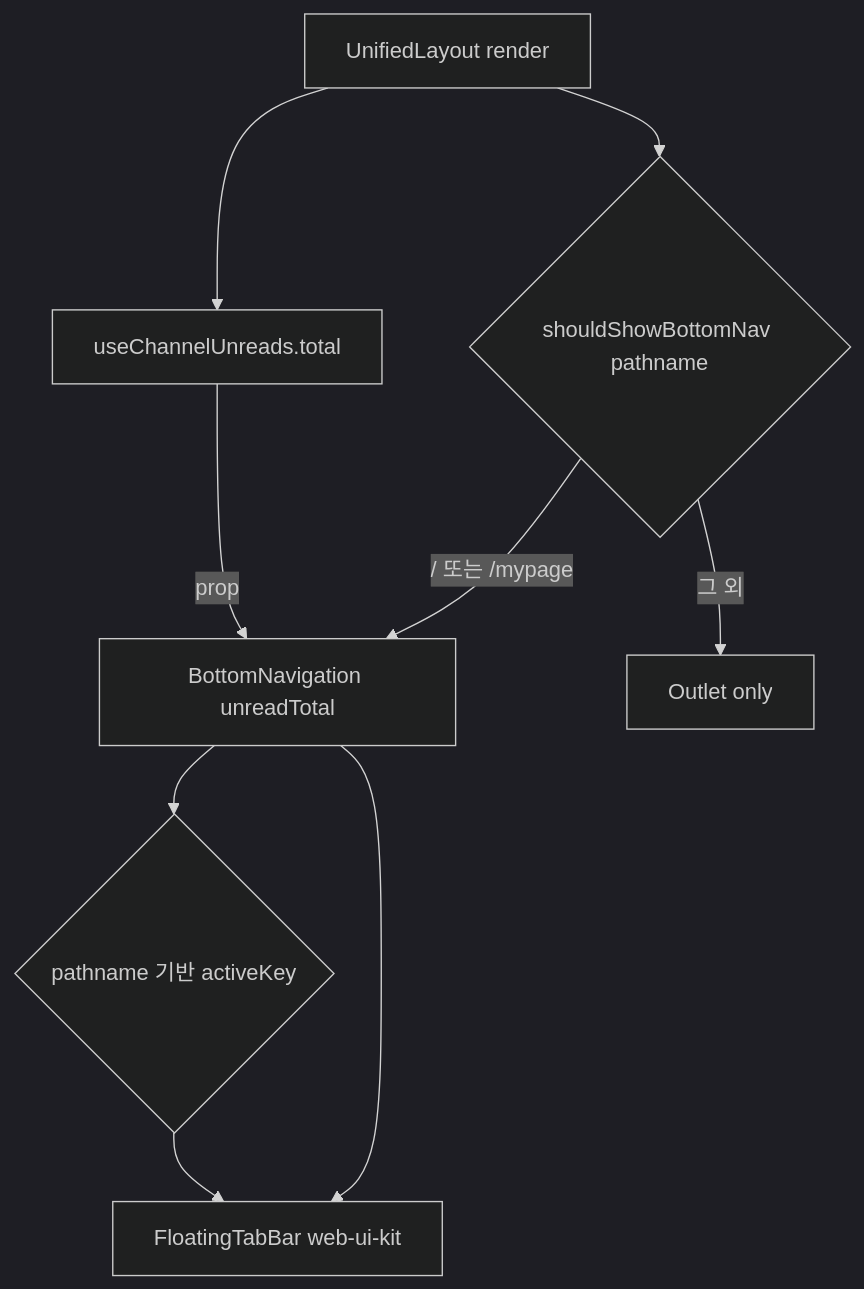
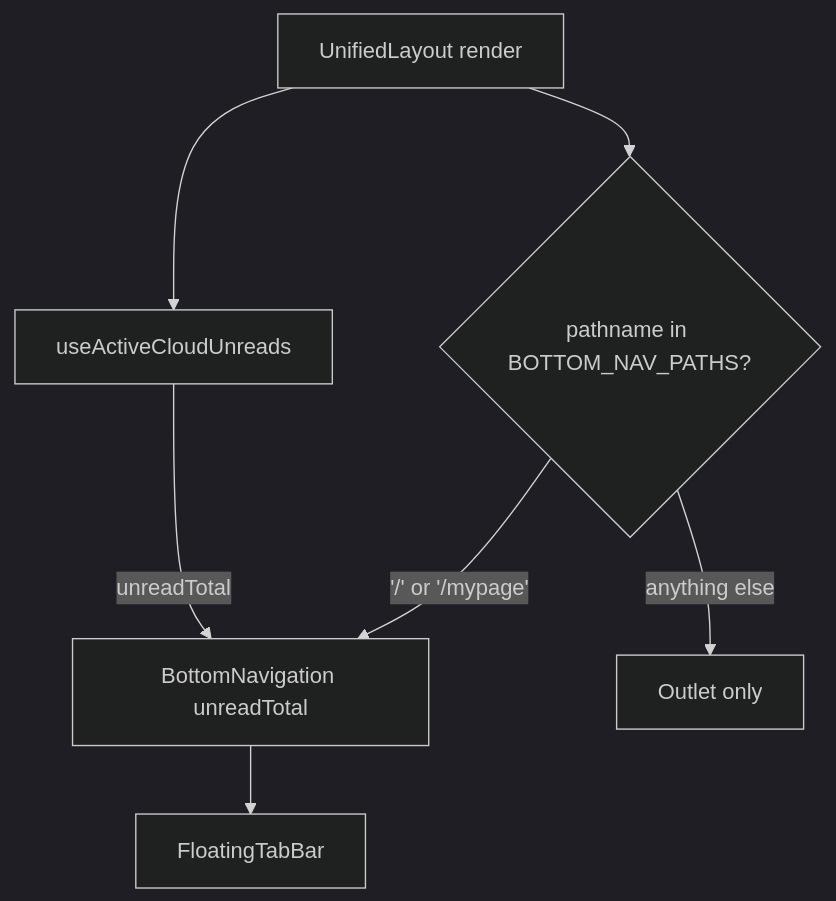
The diagram in apps/web/docs/architecture/layout-shell.md (lemoncloud-io/dou-app), drawn with Mermaid (dark theme) before and after one commit. The commit also changed other lines of this file, not shown here.

First line of the commit message:
docs(web): rewrite the layout shell doc in english

````diff
--- a/apps/web/docs/architecture/layout-shell.md
+++ b/apps/web/docs/architecture/layout-shell.md
@@ -48,11 +39,9 @@
 ```mermaid
 flowchart TD
-    A[UnifiedLayout render] --> U[useChannelUnreads.total]
-    A --> B{shouldShowBottomNav pathname}
-    B -- "/ 또는 /mypage" --> C[BottomNavigation unreadTotal]
-    B -- 그 외 --> D[Outlet only]
-    C --> F{pathname 기반 activeKey}
-    C --> H[FloatingTabBar web-ui-kit]
-    U -- prop --> C
-    F --> H
+    A[UnifiedLayout render] --> U[useActiveCloudUnreads]
+    A --> B{pathname in BOTTOM_NAV_PATHS?}
+    B -- "'/' or '/mypage'" --> C[BottomNavigation unreadTotal]
+    B -- anything else --> D[Outlet only]
+    C --> H[FloatingTabBar]
+    U -- unreadTotal --> C
 ```
````
